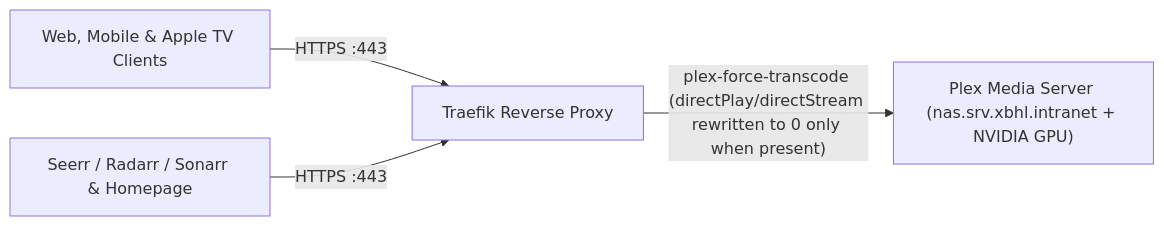
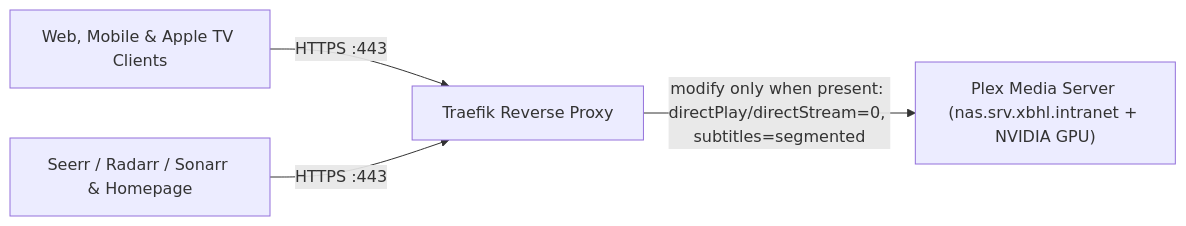
Before and after one commit to lbarczynski-home-lab/plex: the diagram in README.md, drawn with Mermaid. The commit also changed other lines of this file and 1 other file, not shown here.

Commit message:
fix(plex): rewrite Apple TV subtitles=none to segmented for transcoded HLS

````diff
--- a/README.md
+++ b/README.md
@@ -19,6 +19,6 @@
 ```mermaid
 flowchart LR
     Clients["Web, Mobile & Apple TV Clients"] -->|"HTTPS :443"| Traefik["Traefik Reverse Proxy"]
     Ecosystem["Seerr / Radarr / Sonarr & Homepage"] -->|"HTTPS :443"| Traefik
-    Traefik -->|"plex-force-transcode (directPlay/directStream rewritten to 0 only when present)"| Plex["Plex Media Server (nas.srv.xbhl.intranet + NVIDIA GPU)"]
+    Traefik -->|"modify only when present: directPlay/directStream=0, subtitles=segmented"| Plex["Plex Media Server (nas.srv.xbhl.intranet + NVIDIA GPU)"]
 ```
````
